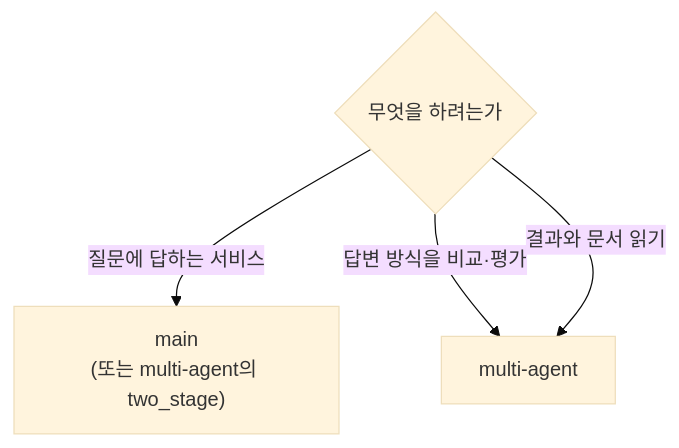
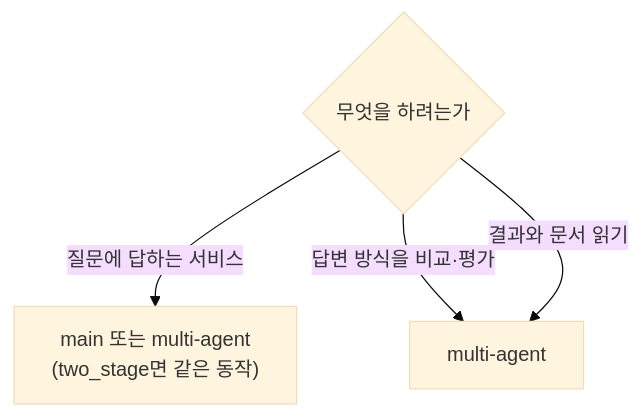
Before and after one commit to adover134/hierarchical-md-rag: the second of 2 diagrams in docs/08_버전과_브랜치.md, drawn with Mermaid (base theme). The commit also changed other lines of this file and 5 other files, not shown here.

````diff
--- a/docs/08_버전과_브랜치.md
+++ b/docs/08_버전과_브랜치.md
@@ -55,7 +55,7 @@
 ```mermaid
 flowchart TD
     Q{"무엇을 하려는가"}
-    Q -->|"질문에 답하는 서비스"| M["main<br/>(또는 multi-agent의 two_stage)"]
+    Q -->|"질문에 답하는 서비스"| M["main 또는 multi-agent<br/>(two_stage면 같은 동작)"]
     Q -->|"답변 방식을 비교·평가"| A["multi-agent"]
     Q -->|"결과와 문서 읽기"| A
 ```
````
